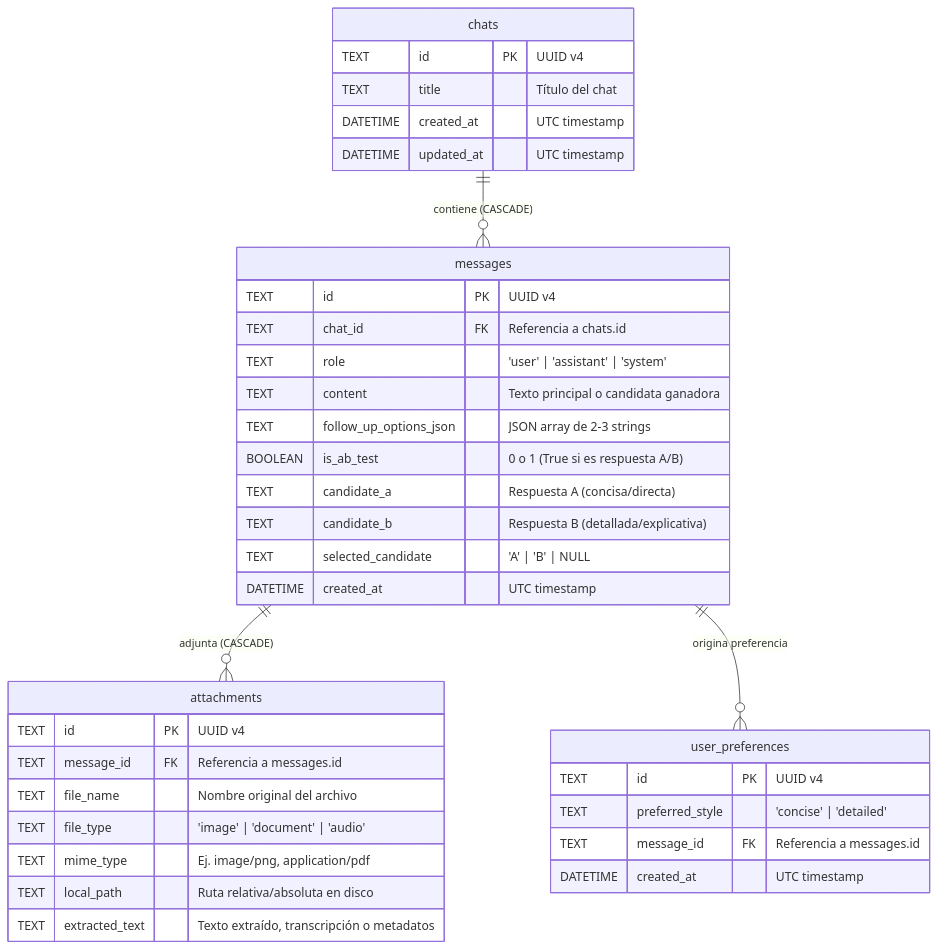
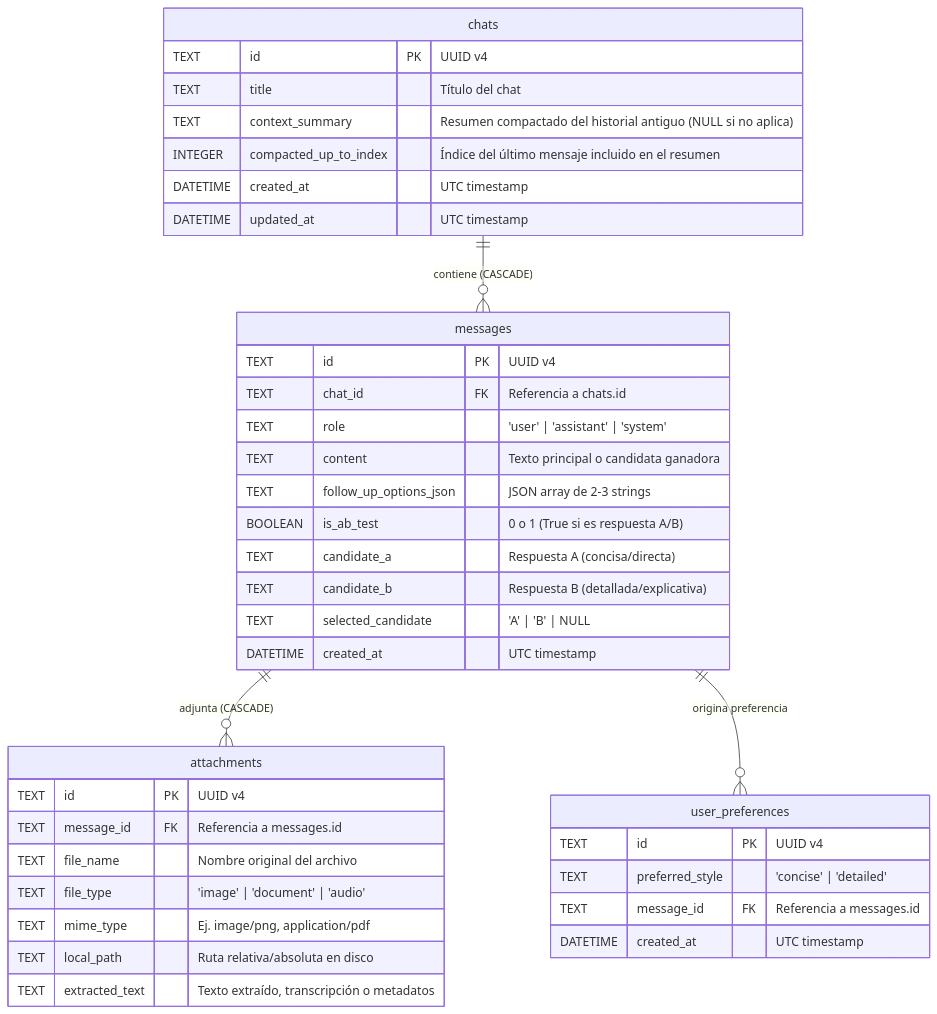
The diagram in specs/02-database-and-api.md (MiguelAGutierrezS/proyectoFinalTopicos), drawn with Mermaid before and after one commit. The commit also changed other lines of this file and 20 other files, not shown here.

````diff
--- a/specs/02-database-and-api.md
+++ b/specs/02-database-and-api.md
@@ -15,43 +15,45 @@
 ```mermaid
 erDiagram
     chats ||--o{ messages : "contiene (CASCADE)"
     messages ||--o{ attachments : "adjunta (CASCADE)"
     messages ||--o{ user_preferences : "origina preferencia"
 
     chats {
         TEXT id PK "UUID v4"
         TEXT title "Título del chat"
+        TEXT context_summary "Resumen compactado del historial antiguo (NULL si no aplica)"
+        INTEGER compacted_up_to_index "Índice del último mensaje incluido en el resumen"
         DATETIME created_at "UTC timestamp"
         DATETIME updated_at "UTC timestamp"
     }
 
     messages {
         TEXT id PK "UUID v4"
         TEXT chat_id FK "Referencia a chats.id"
         TEXT role "'user' | 'assistant' | 'system'"
         TEXT content "Texto principal o candidata ganadora"
         TEXT follow_up_options_json "JSON array de 2-3 strings"
         BOOLEAN is_ab_test "0 o 1 (True si es respuesta A/B)"
         TEXT candidate_a "Respuesta A (concisa/directa)"
         TEXT candidate_b "Respuesta B (detallada/explicativa)"
         TEXT selected_candidate "'A' | 'B' | NULL"
         DATETIME created_at "UTC timestamp"
     }
 
     attachments {
         TEXT id PK "UUID v4"
         TEXT message_id FK "Referencia a messages.id"
         TEXT file_name "Nombre original del archivo"
         TEXT file_type "'image' | 'document' | 'audio'"
         TEXT mime_type "Ej. image/png, application/pdf"
         TEXT local_path "Ruta relativa/absoluta en disco"
         TEXT extracted_text "Texto extraído, transcripción o metadatos"
     }
 
     user_preferences {
         TEXT id PK "UUID v4"
         TEXT preferred_style "'concise' | 'detailed'"
         TEXT message_id FK "Referencia a messages.id"
         DATETIME created_at "UTC timestamp"
     }
 ```
````
